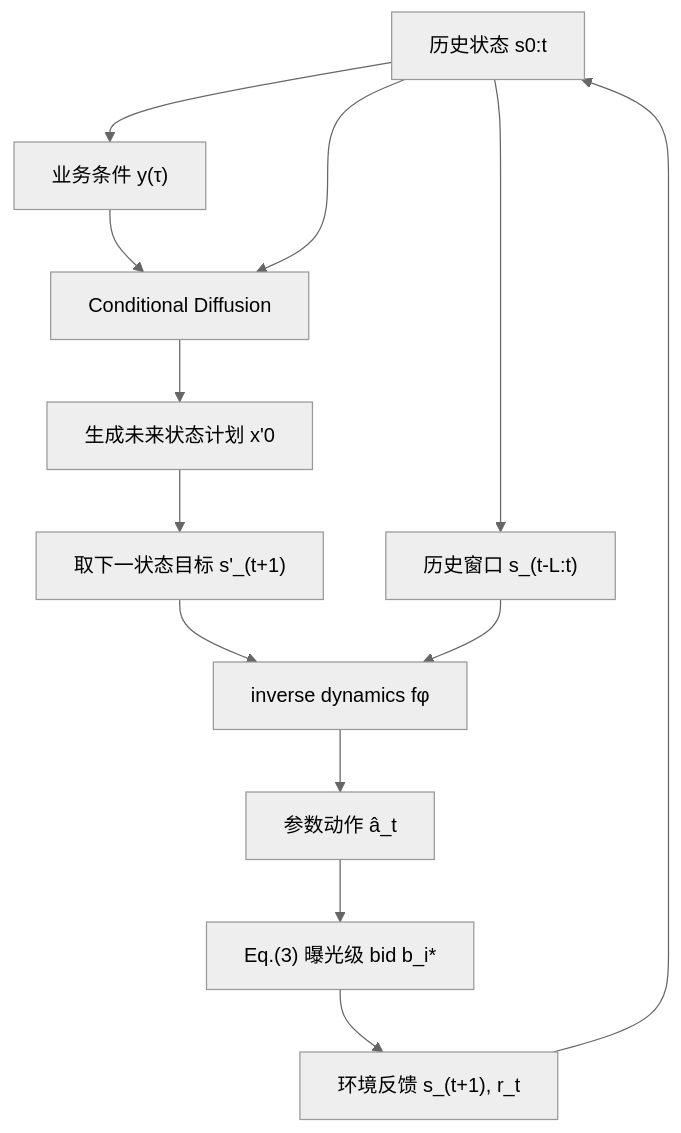
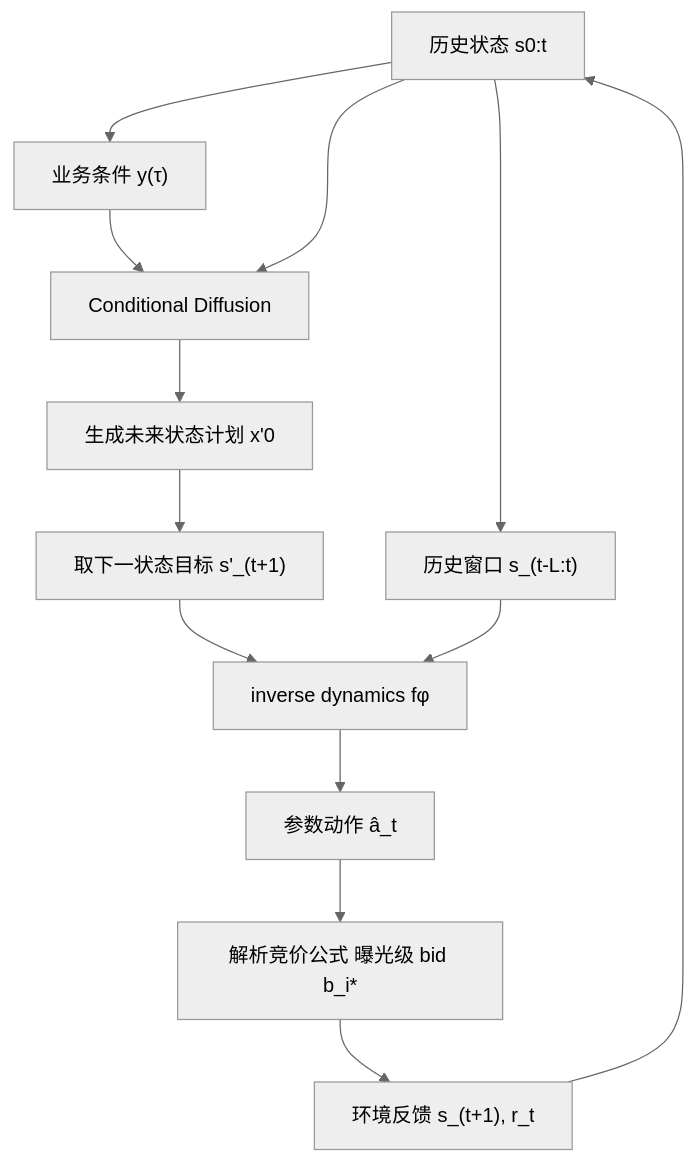
Before and after one commit to m17858052891-kk/obsidiankeke: the diagram in 端到端建模/自动出价论文精读/02_AIGB：怎样生成完整出价轨迹.md, drawn with Mermaid (neutral theme). The commit also changed other lines of this file and 11 other files, not shown here.

````diff
--- a/端到端建模/自动出价论文精读/02_AIGB：怎样生成完整出价轨迹.md
+++ b/端到端建模/自动出价论文精读/02_AIGB：怎样生成完整出价轨迹.md
@@ -603,15 +592,15 @@
 ```mermaid
 flowchart TD
     A["历史状态 s0:t"] --> B["业务条件 y(τ)"]
     B --> C["Conditional Diffusion"]
     A --> C
     C --> D["生成未来状态计划 x'0"]
     D --> E["取下一状态目标 s'_(t+1)"]
     A --> F["历史窗口 s_(t-L:t)"]
     E --> G["inverse dynamics fφ"]
     F --> G
     G --> H["参数动作 â_t"]
-    H --> I["Eq.(3) 曝光级 bid b_i*"]
+    H --> I["解析竞价公式 曝光级 bid b_i*"]
     I --> J["环境反馈 s_(t+1), r_t"]
     J --> A
 ```
````
